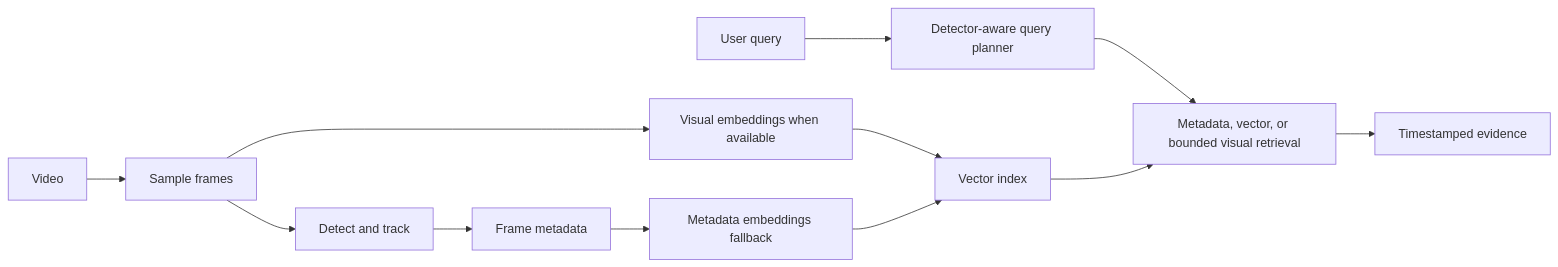
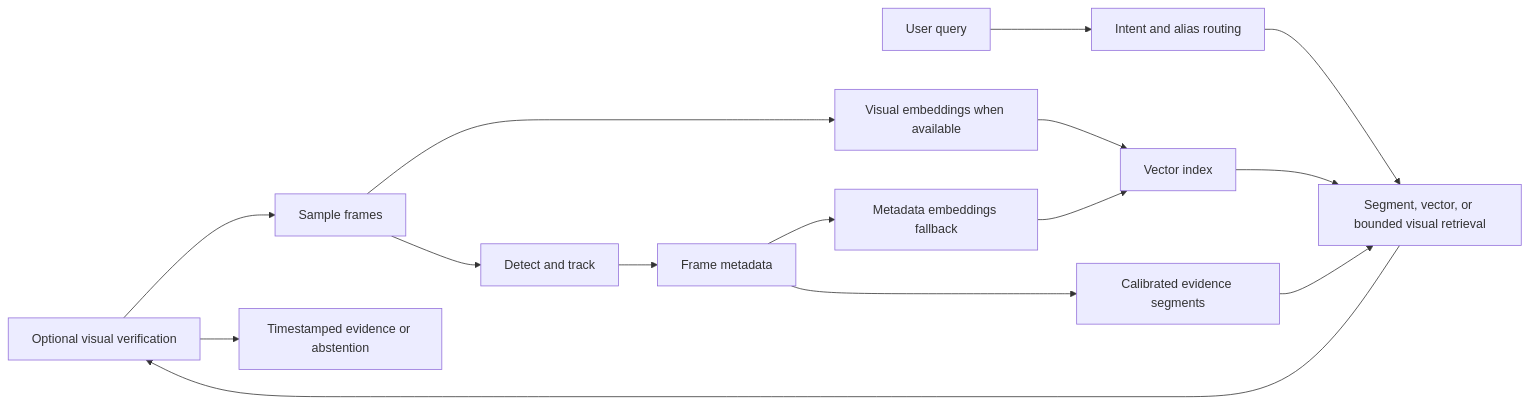
The diagram in documentation/ARCHITECTURE.md (priyansupattanaik/visionguard-ai), drawn with Mermaid before and after one commit. The commit also changed other lines of this file and 20 other files, not shown here.

First line of the commit message:
Add calibrated detector evidence, runtime settings, and honest evaluation.

````diff
--- a/documentation/ARCHITECTURE.md
+++ b/documentation/ARCHITECTURE.md
@@ -5,14 +7,17 @@
 ```mermaid
 flowchart LR
   V[Video] --> S[Sample frames]
   S --> D[Detect and track]
   D --> M[Frame metadata]
+  M --> G[Calibrated evidence segments]
   S --> E[Visual embeddings when available]
   M --> F[Metadata embeddings fallback]
   E --> I[Vector index]
   F --> I
-  Q[User query] --> P[Detector-aware query planner]
-  P --> R[Metadata, vector, or bounded visual retrieval]
+  Q[User query] --> P[Intent and alias routing]
+  P --> R[Segment, vector, or bounded visual retrieval]
   I --> R
-  R --> O[Timestamped evidence]
+  G --> R
+  R --> V[Optional visual verification]
+  V --> O[Timestamped evidence or abstention]
 ```
````
